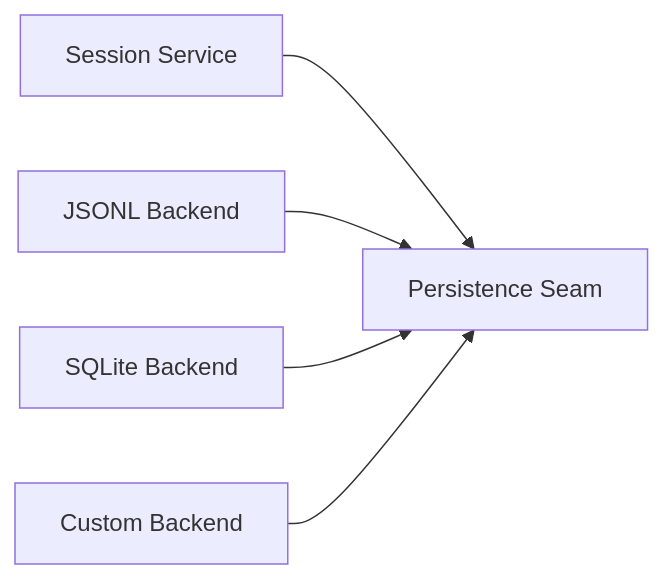
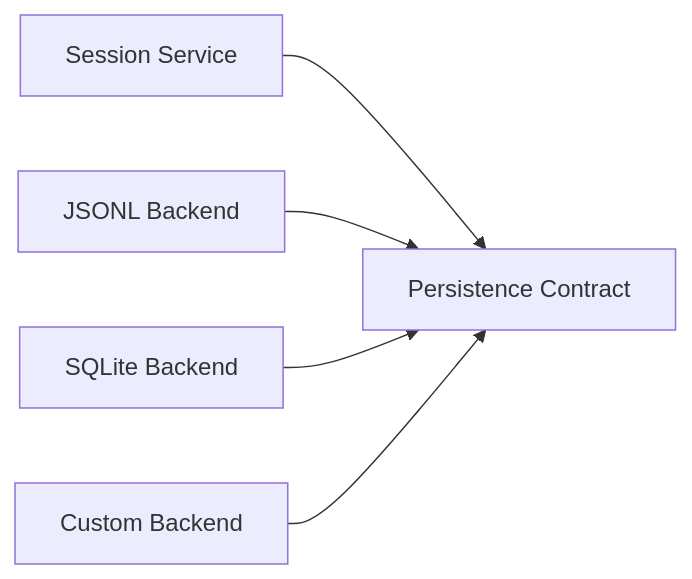
One commit to indigofeather/harness-book changed the fifth of 5 diagrams in docs/deepseek/session-and-events.md. Above: the diagram before and after it, drawn with Mermaid. The commit also changed other lines of this file and 48 other files, not shown here.

````diff
--- a/docs/deepseek/session-and-events.md
+++ b/docs/deepseek/session-and-events.md
@@ -258,7 +168,7 @@
 ```mermaid
 flowchart LR
-  S[Session Service] --> P[Persistence Seam]
+  S[Session Service] --> P[Persistence Contract]
   J[JSONL Backend] --> P
   Q[SQLite Backend] --> P
   X[Custom Backend] --> P
 ```
````
